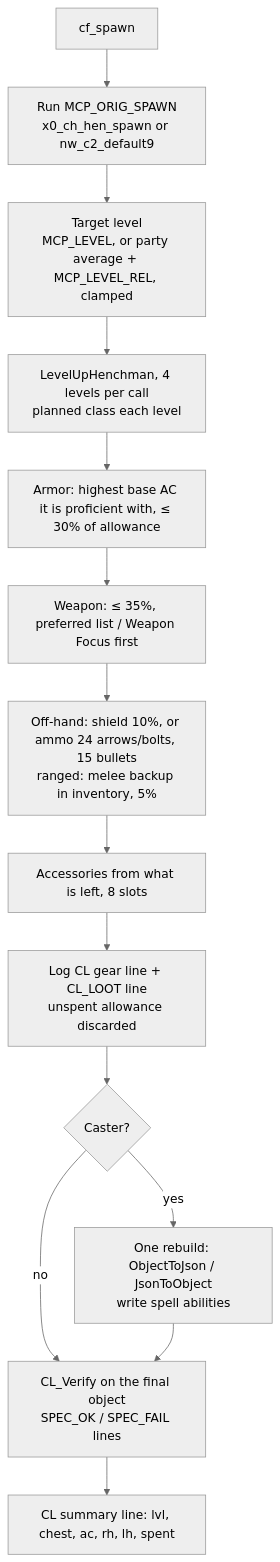
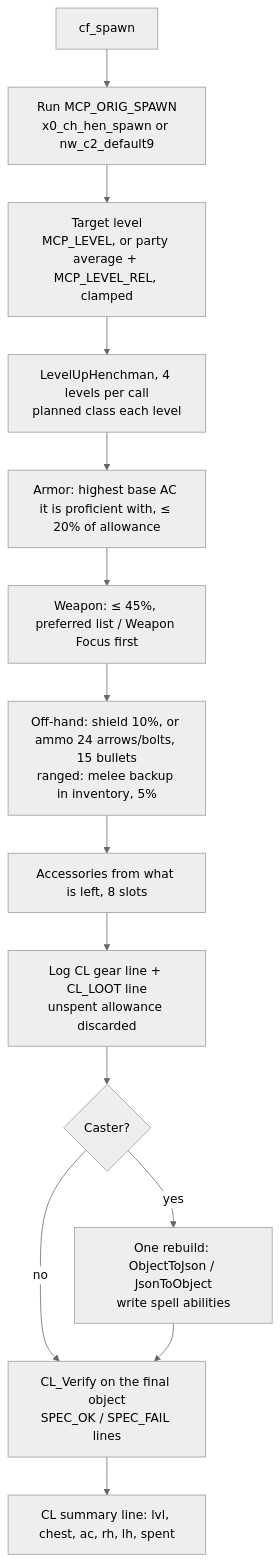
The second of 2 diagrams in docs/creature-forge-manual.md (SeanMJOBrien/Q-nwn-mcp), drawn with Mermaid (neutral theme) before and after one commit. The commit also changed 2 other files, not shown here.

Commit message:
Keep the DM area out of the story audit; forged creatures spend more on weapons (45%) than armor (20%)
Claude-Session: https://claude.ai/code/session_01QZp6c8DM5Gw9Xuo1h6KAsk

````diff
--- a/docs/creature-forge-manual.md
+++ b/docs/creature-forge-manual.md
@@ -167,16 +167,16 @@
 ```mermaid
 flowchart TD
   S[cf_spawn] --> O[Run MCP_ORIG_SPAWN<br/>x0_ch_hen_spawn or nw_c2_default9]
   O --> T[Target level<br/>MCP_LEVEL, or party average + MCP_LEVEL_REL, clamped]
   T --> L[LevelUpHenchman, 4 levels per call<br/>planned class each level]
-  L --> G1[Armor: highest base AC it is proficient with, &le; 30% of allowance]
-  G1 --> G2[Weapon: &le; 35%, preferred list / Weapon Focus first]
+  L --> G1[Armor: highest base AC it is proficient with, &le; 20% of allowance]
+  G1 --> G2[Weapon: &le; 45%, preferred list / Weapon Focus first]
   G2 --> G3[Off-hand: shield 10%, or ammo 24 arrows/bolts, 15 bullets<br/>ranged: melee backup in inventory, 5%]
   G3 --> G4[Accessories from what is left, 8 slots]
   G4 --> GL[Log CL gear line + CL_LOOT line<br/>unspent allowance discarded]
   GL --> C{Caster?}
   C -- yes --> R[One rebuild: ObjectToJson / JsonToObject<br/>write spell abilities]
   C -- no --> V
   R --> V[CL_Verify on the final object<br/>SPEC_OK / SPEC_FAIL lines]
   V --> Z[CL summary line: lvl, chest, ac, rh, lh, spent]
 ```
````
